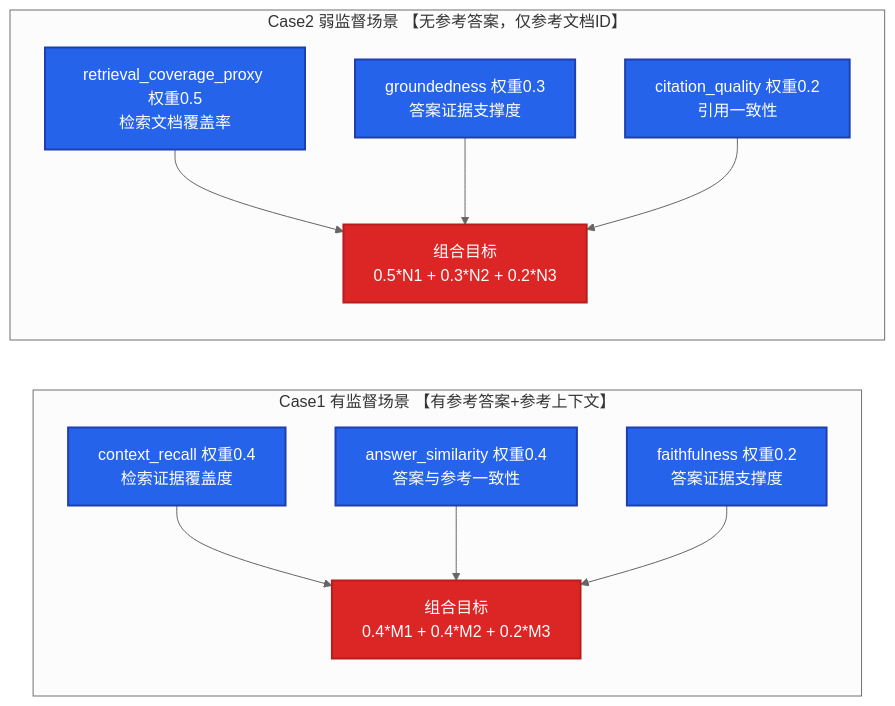
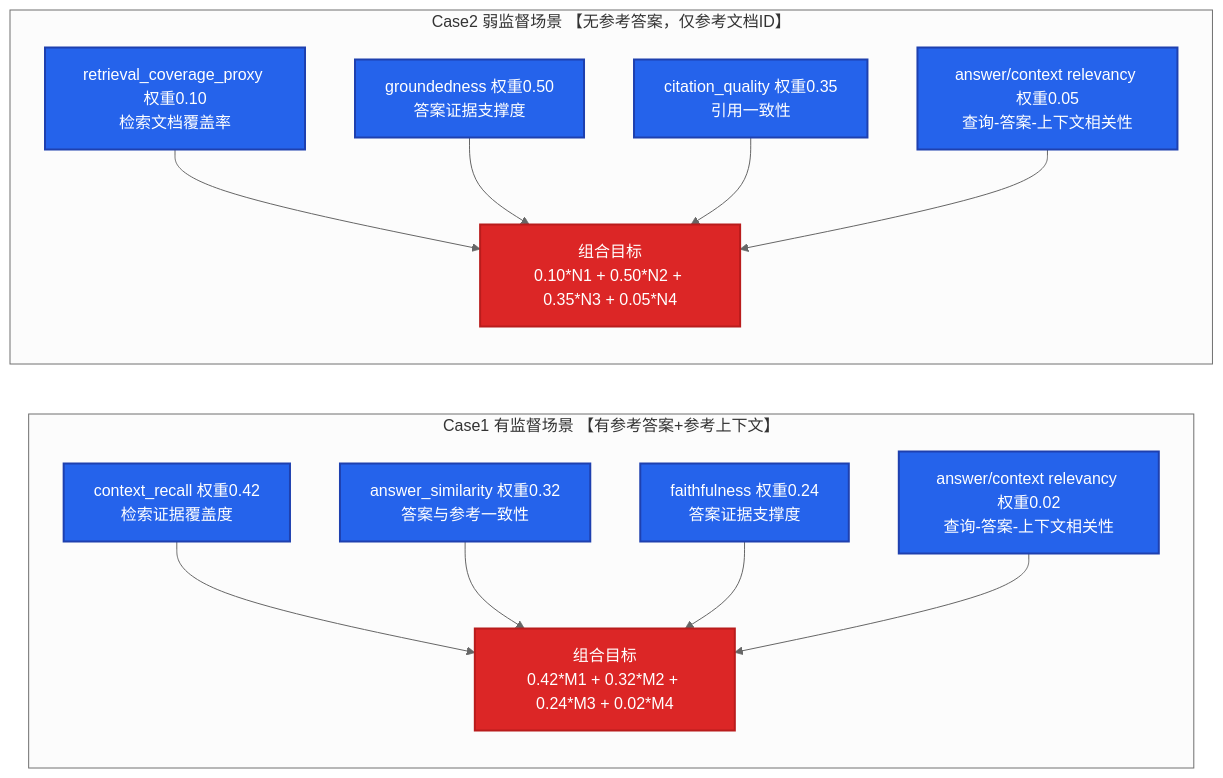
Before and after one commit to UAESheik/rag-pipeline-optimizer: the third of 3 diagrams in README.md, drawn with Mermaid (neutral theme). The commit also changed other lines of this file and 2 other files, not shown here.

````diff
--- a/README.md
+++ b/README.md
@@ -112,24 +110,26 @@
 ```mermaid
 flowchart LR
     classDef caseTitle fill:#1e293b,stroke:#0f172a,color:white,stroke-width:2px
     classDef metric fill:#2563eb,stroke:#1e40af,color:white,stroke-width:2px
     classDef composite fill:#dc2626,stroke:#b91c1c,color:white,stroke-width:2px
 
     subgraph Case1[Case1 有监督场景 【有参考答案+参考上下文】]
         direction TB
-        M1[context_recall 权重0.4<br/>检索证据覆盖度]:::metric
-        M2[answer_similarity 权重0.4<br/>答案与参考一致性]:::metric
-        M3[faithfulness 权重0.2<br/>答案证据支撑度]:::metric
-        Comp1[组合目标<br/>0.4*M1 + 0.4*M2 + 0.2*M3]:::composite
-        M1 & M2 & M3 --> Comp1
+        M1[context_recall 权重0.42<br/>检索证据覆盖度]:::metric
+        M2[answer_similarity 权重0.32<br/>答案与参考一致性]:::metric
+        M3[faithfulness 权重0.24<br/>答案证据支撑度]:::metric
+        M4[answer/context relevancy 权重0.02<br/>查询-答案-上下文相关性]:::metric
+        Comp1[组合目标<br/>0.42*M1 + 0.32*M2 + 0.24*M3 + 0.02*M4]:::composite
+        M1 & M2 & M3 & M4 --> Comp1
     end
 
     subgraph Case2[Case2 弱监督场景 【无参考答案，仅参考文档ID】]
         direction TB
-        N1[retrieval_coverage_proxy 权重0.5<br/>检索文档覆盖率]:::metric
-        N2[groundedness 权重0.3<br/>答案证据支撑度]:::metric
-        N3[citation_quality 权重0.2<br/>引用一致性]:::metric
-        Comp2[组合目标<br/>0.5*N1 + 0.3*N2 + 0.2*N3]:::composite
-        N1 & N2 & N3 --> Comp2
+        N1[retrieval_coverage_proxy 权重0.10<br/>检索文档覆盖率]:::metric
+        N2[groundedness 权重0.50<br/>答案证据支撑度]:::metric
+        N3[citation_quality 权重0.35<br/>引用一致性]:::metric
+        N4[answer/context relevancy 权重0.05<br/>查询-答案-上下文相关性]:::metric
+        Comp2[组合目标<br/>0.10*N1 + 0.50*N2 + 0.35*N3 + 0.05*N4]:::composite
+        N1 & N2 & N3 & N4 --> Comp2
     end
 ```
````
